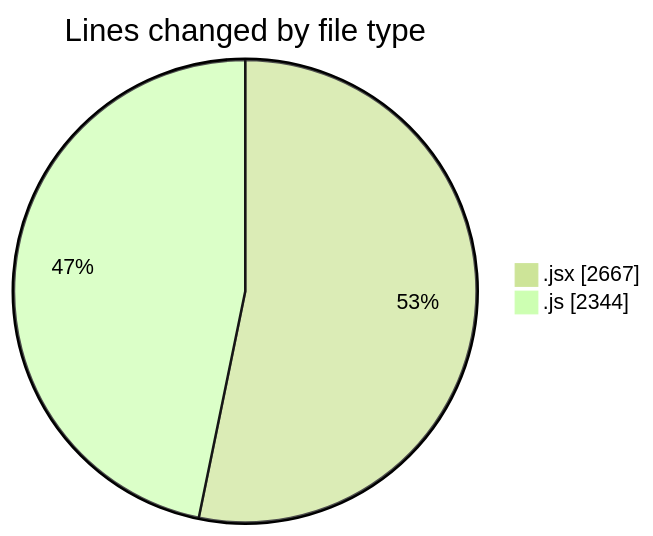
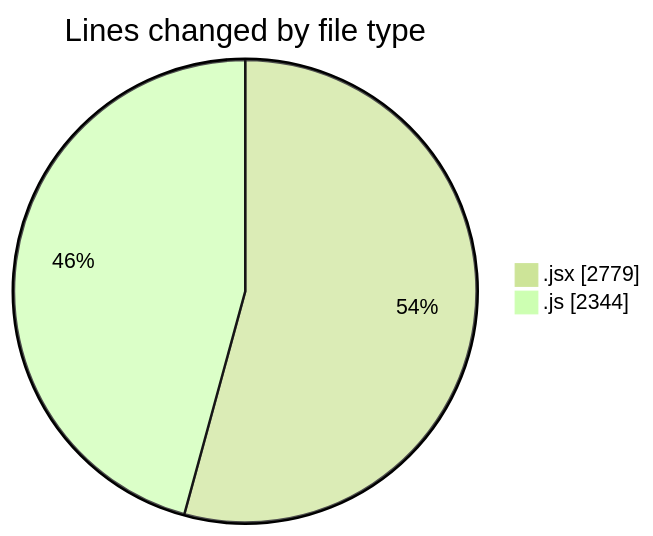
One commit to nxtqubesakshisongat/code-tracking changed the first of 2 diagrams in 2026-01-08/nxtqube_webapp/README.md. Above: the diagram before and after it, drawn with Mermaid (forest theme). The commit also changed other lines of this file and 1 other file, not shown here.

````diff
--- a/2026-01-08/nxtqube_webapp/README.md
+++ b/2026-01-08/nxtqube_webapp/README.md
@@ -23,6 +23,6 @@
 ```mermaid
 pie showData
 title Lines changed by file type
-".jsx" : 2667
+".jsx" : 2779
 ".js" : 2344
 ```
````
